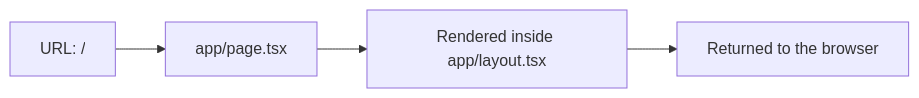
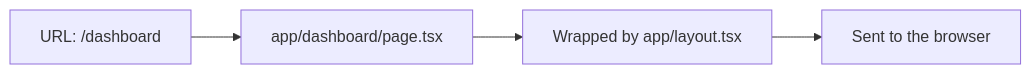
Before and after one commit to matthewlovestocode/designated: the second of 2 diagrams in docs/web/routing.md, drawn with Mermaid. The commit also changed other lines of this file and 35 other files, not shown here.

````diff
--- a/docs/web/routing.md
+++ b/docs/web/routing.md
@@ -45,6 +47,6 @@
 ```mermaid
 flowchart LR
-    A["URL: /"] --> B["app/page.tsx"]
-    B --> C["Rendered inside app/layout.tsx"]
-    C --> D["Returned to the browser"]
+    A["URL: /dashboard"] --> B["app/dashboard/page.tsx"]
+    B --> C["Wrapped by app/layout.tsx"]
+    C --> D["Sent to the browser"]
 ```
````
